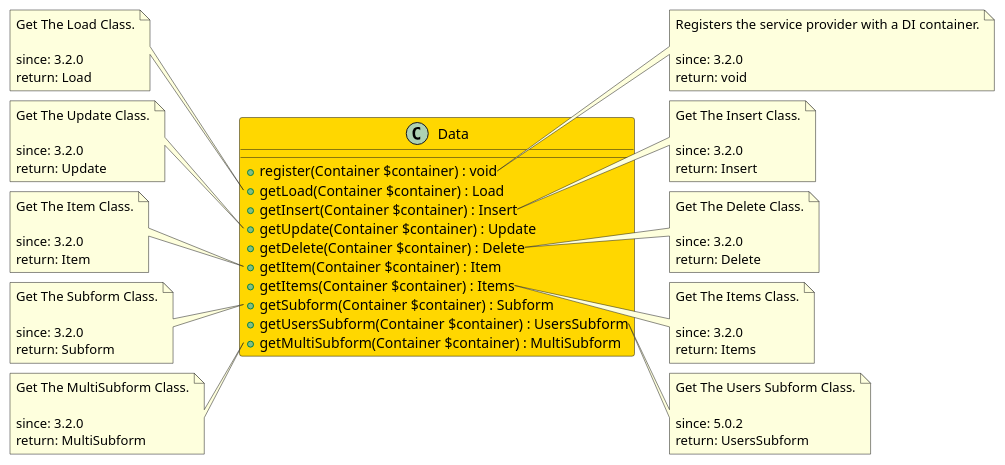
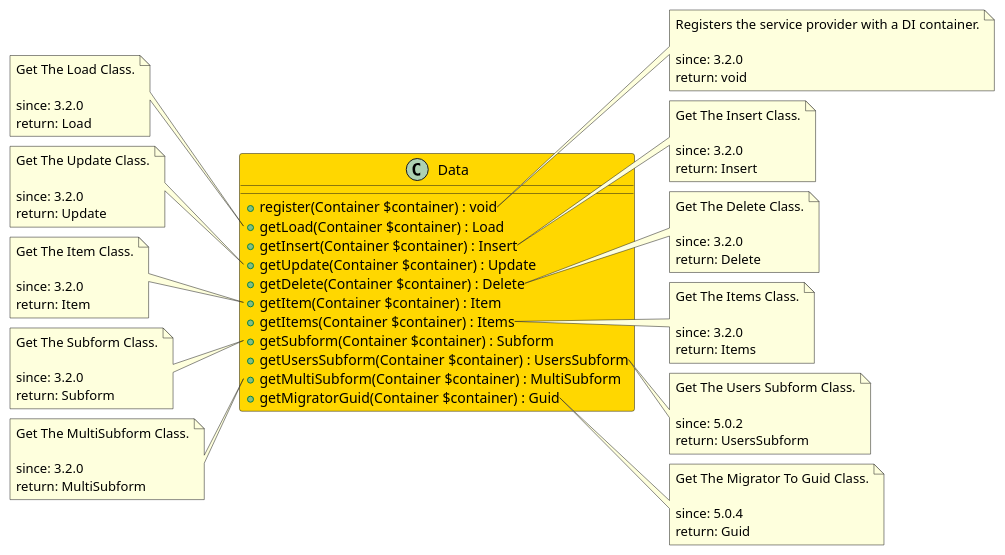
The diagram in src/a5daf189-3345-4b13-8716-c51f686f545b/README.md (joomengine/super-powers), drawn with PlantUML before and after one commit. The commit also changed 156 other files, not shown here.

````diff
--- a/src/a5daf189-3345-4b13-8716-c51f686f545b/README.md
+++ b/src/a5daf189-3345-4b13-8716-c51f686f545b/README.md
@@ -22,6 +22,7 @@
   + getSubform(Container $container) : Subform
   + getUsersSubform(Container $container) : UsersSubform
   + getMultiSubform(Container $container) : MultiSubform
+  + getMigratorGuid(Container $container) : Guid
 }
 
 note right of Data::register
@@ -93,6 +94,13 @@
   since: 3.2.0
   return: MultiSubform
 end note
+
+note right of Data::getMigratorGuid
+  Get The Migrator To Guid Class.
+
+  since: 5.0.4
+  return: Guid
+end note
  
 @enduml
 ```
````
